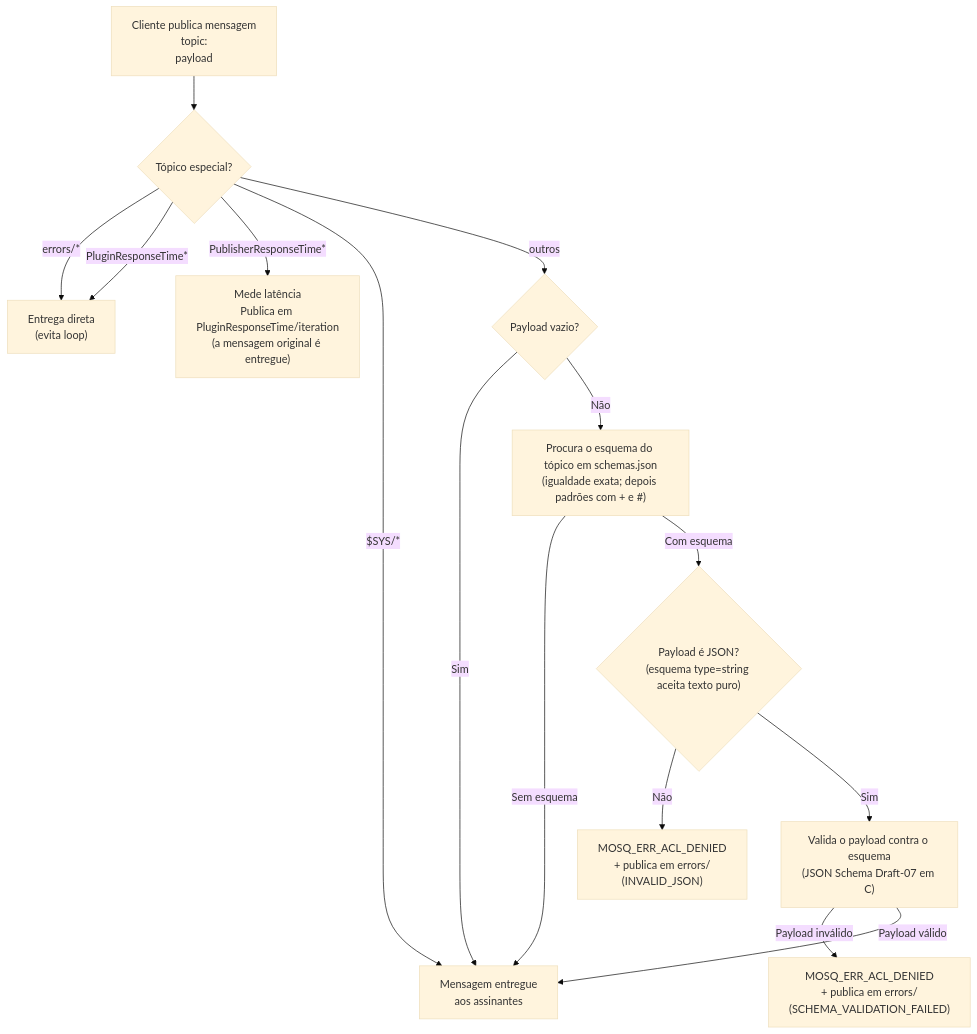
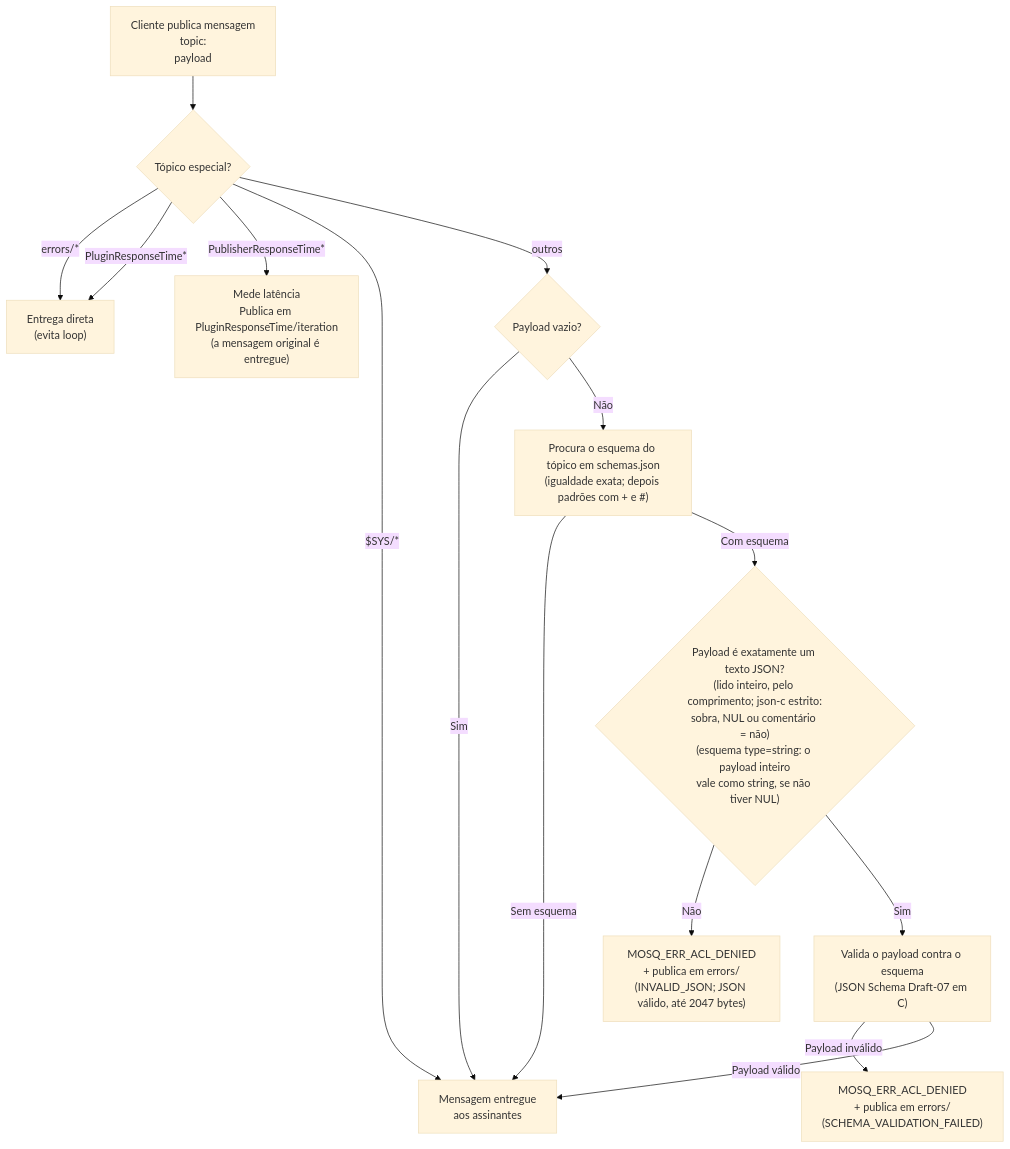
The first of 4 diagrams in docs/03-pipeline-mqtt.md (multisens/Infra), drawn with Mermaid (base theme) before and after one commit. The commit also changed other lines of this file and 25 other files, not shown here.

Commit message:
fix: broker valida o payload inteiro e publica erros validos; rotas 2.1 so locais

````diff
--- a/docs/03-pipeline-mqtt.md
+++ b/docs/03-pipeline-mqtt.md
@@ -9,30 +9,30 @@
 ```mermaid
 flowchart TD
     PUB["Cliente publica mensagem\ntopic: <tópico>\npayload"]
 
     PUB --> CHK_SKIP{Tópico especial?}
 
     CHK_SKIP -->|"errors/*"| ALLOW_SKIP["Entrega direta\n(evita loop)"]
     CHK_SKIP -->|"PluginResponseTime*"| ALLOW_SKIP
     CHK_SKIP -->|"PublisherResponseTime*"| LATENCY["Mede latência\nPublica em PluginResponseTime<id>/iteration<n>\n(a mensagem original é entregue)"]
     CHK_SKIP -->|"$SYS/*"| ALLOW
     CHK_SKIP -->|"outros"| CHK_EMPTY
 
     CHK_EMPTY{"Payload vazio?"}
     CHK_EMPTY -->|"Sim"| ALLOW
     CHK_EMPTY -->|"Não"| LOOKUP
 
     LOOKUP["Procura o esquema do tópico em schemas.json\n(igualdade exata; depois padrões com + e #)"]
     LOOKUP -->|"Sem esquema"| ALLOW
     LOOKUP -->|"Com esquema"| PARSE
 
-    PARSE{"Payload é JSON?\n(esquema type=string aceita texto puro)"}
-    PARSE -->|"Não"| DENY["MOSQ_ERR_ACL_DENIED\n+ publica em errors/<client_id>\n(INVALID_JSON)"]
+    PARSE{"Payload é exatamente um texto JSON?\n(lido inteiro, pelo comprimento; json-c estrito:\nsobra, NUL ou comentário = não)\n(esquema type=string: o payload inteiro\nvale como string, se não tiver NUL)"}
+    PARSE -->|"Não"| DENY["MOSQ_ERR_ACL_DENIED\n+ publica em errors/<client_id>\n(INVALID_JSON; JSON válido, até 2047 bytes)"]
     PARSE -->|"Sim"| SCHEMA
 
     SCHEMA["Valida o payload contra o esquema\n(JSON Schema Draft-07 em C)"]
     SCHEMA -->|"Payload inválido"| DENY_SCHEMA["MOSQ_ERR_ACL_DENIED\n+ publica em errors/<client_id>\n(SCHEMA_VALIDATION_FAILED)"]
     SCHEMA -->|"Payload válido"| ALLOW
 
     ALLOW["Mensagem entregue\naos assinantes"]
 ```
````
